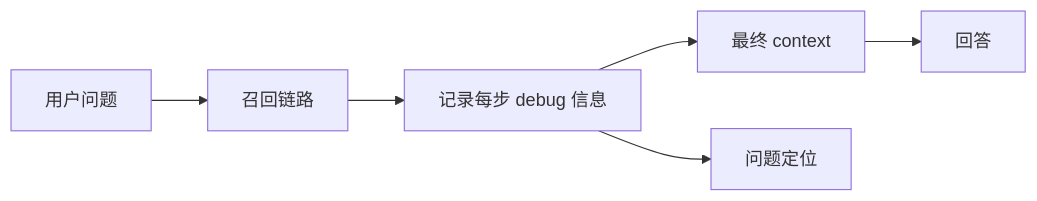
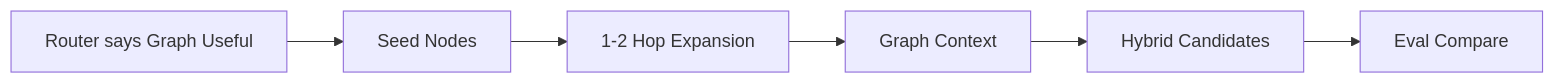
Before and after one commit to pretextQ/Reminder: diagram 15 of 23 in company_target/day1-day20-summary.md, drawn with Mermaid. The commit also changed other lines of this file and 4 other files, not shown here.

````diff
--- a/company_target/day1-day20-summary.md
+++ b/company_target/day1-day20-summary.md
@@ -440,8 +475,8 @@
 ```mermaid
 flowchart LR
-    A[用户问题] --> B[召回链路]
-    B --> C[记录每步 debug 信息]
-    C --> D[最终 context]
-    D --> E[回答]
-    C --> F[问题定位]
+    A[Router says Graph Useful] --> B[Seed Nodes]
+    B --> C[1-2 Hop Expansion]
+    C --> D[Graph Context]
+    D --> E[Hybrid Candidates]
+    E --> F[Eval Compare]
 ```
````
